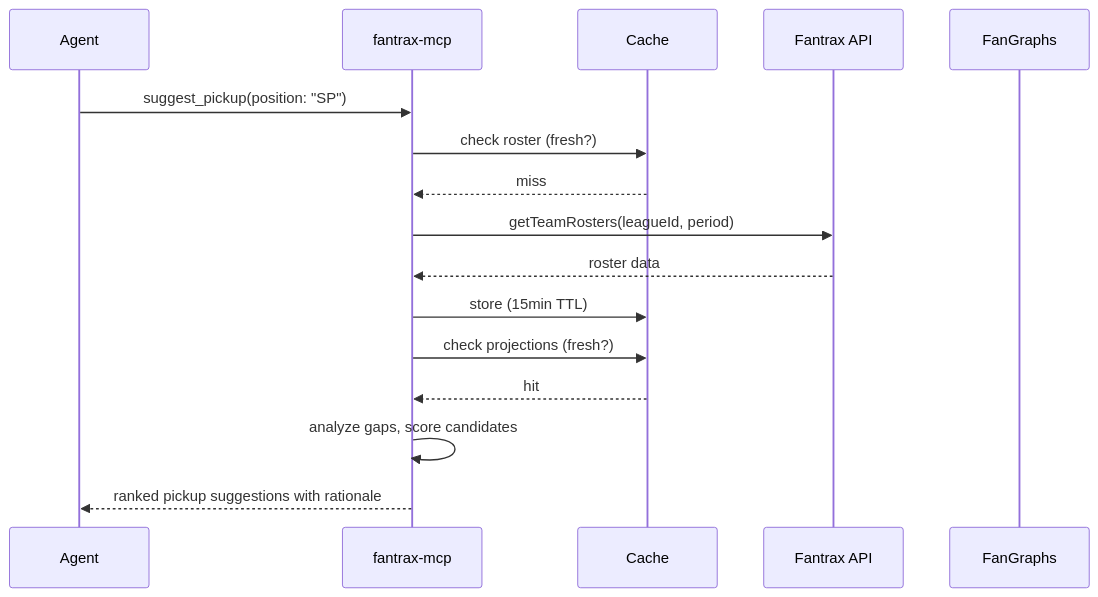
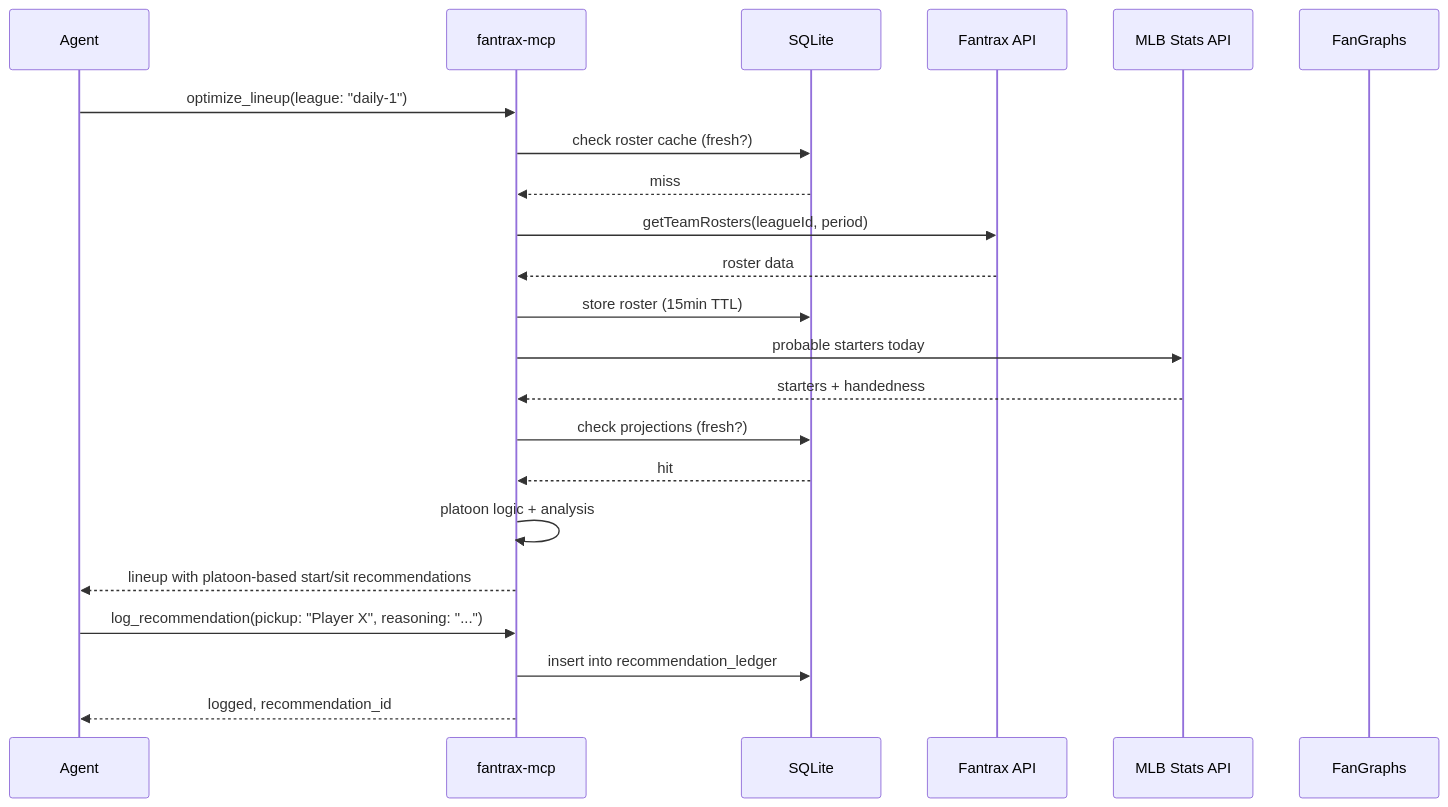
Before and after one commit to butterflyskies/fantrax-mcp: the third of 3 diagrams in docs/design/architecture.md, drawn with Mermaid. The commit also changed other lines of this file and 34 other files, not shown here.

First line of the commit message:
feat: initial implementation — 14 MCP tools, API clients, SQLite caching, platoon analysis (#1)

````diff
--- a/docs/design/architecture.md
+++ b/docs/design/architecture.md
@@ -70,19 +120,26 @@
 ```mermaid
 sequenceDiagram
     participant Agent
     participant MCP as fantrax-mcp
-    participant Cache
+    participant DB as SQLite
     participant FX as Fantrax API
+    participant MLB as MLB Stats API
     participant FG as FanGraphs
 
-    Agent->>MCP: suggest_pickup(position: "SP")
-    MCP->>Cache: check roster (fresh?)
-    Cache-->>MCP: miss
+    Agent->>MCP: optimize_lineup(league: "daily-1")
+    MCP->>DB: check roster cache (fresh?)
+    DB-->>MCP: miss
     MCP->>FX: getTeamRosters(leagueId, period)
     FX-->>MCP: roster data
-    MCP->>Cache: store (15min TTL)
-    MCP->>Cache: check projections (fresh?)
-    Cache-->>MCP: hit
-    MCP->>MCP: analyze gaps, score candidates
-    MCP-->>Agent: ranked pickup suggestions with rationale
+    MCP->>DB: store roster (15min TTL)
+    MCP->>MLB: probable starters today
+    MLB-->>MCP: starters + handedness
+    MCP->>DB: check projections (fresh?)
+    DB-->>MCP: hit
+    MCP->>MCP: platoon logic + analysis
+    MCP-->>Agent: lineup with platoon-based start/sit recommendations
+
+    Agent->>MCP: log_recommendation(pickup: "Player X", reasoning: "...")
+    MCP->>DB: insert into recommendation_ledger
+    MCP-->>Agent: logged, recommendation_id
 ```
````
